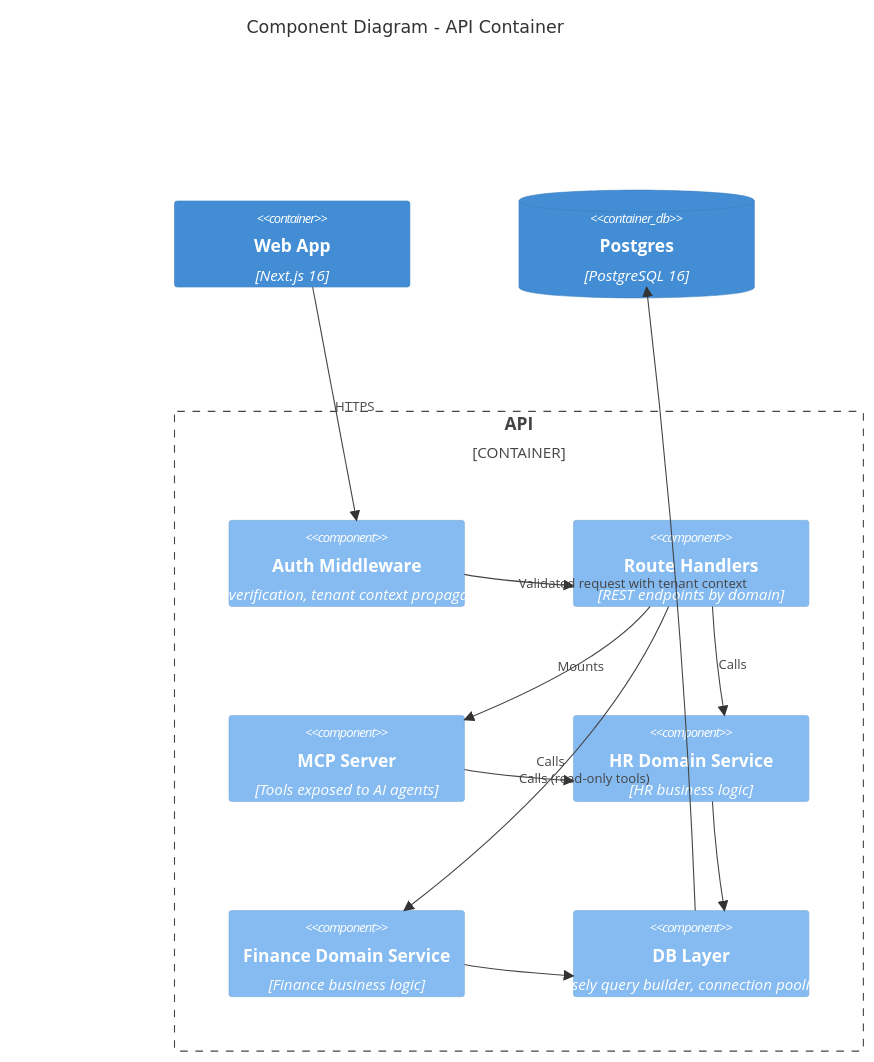
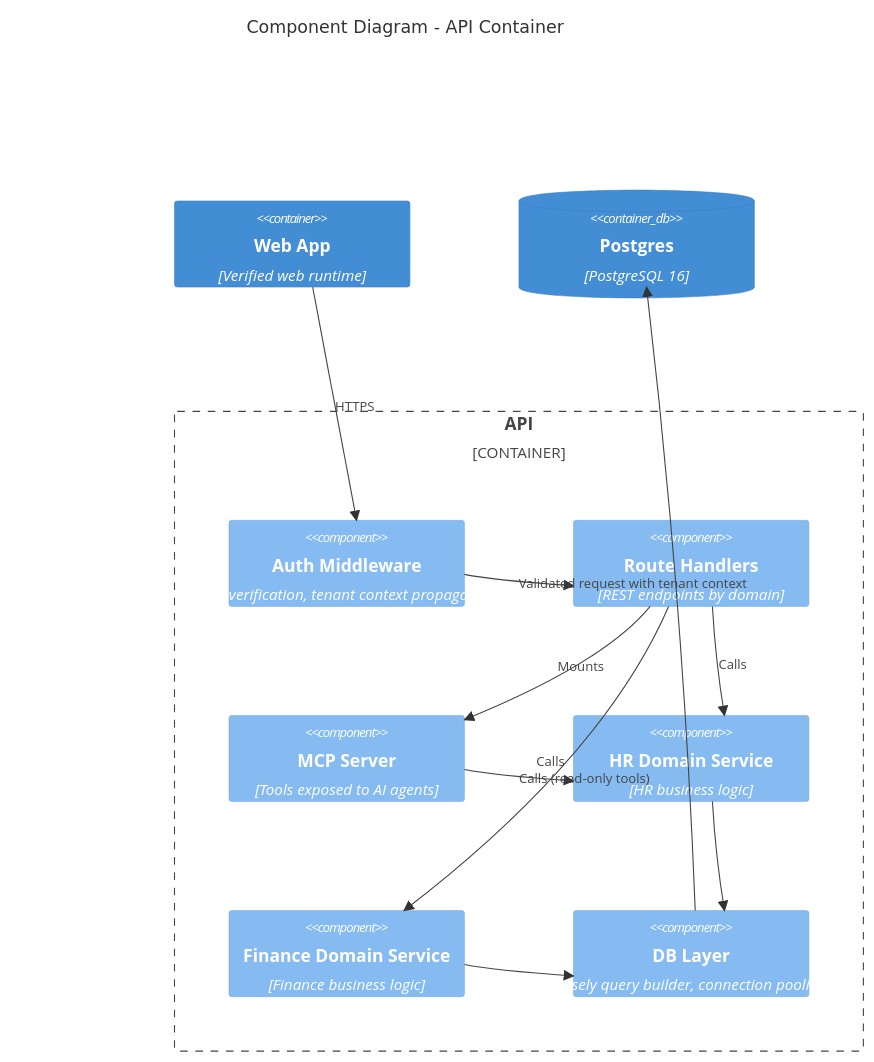
Before and after one commit to efeoncepro/greenhouse-eo: the fourth of 7 diagrams in .codex/skills/software-architect-2026/templates/c4-mermaid.md, drawn with Mermaid. The commit also changed other lines of this file and 54 other files, not shown here.

Commit message:
feat: harden software architecture skill

````diff
--- a/.codex/skills/software-architect-2026/templates/c4-mermaid.md
+++ b/.codex/skills/software-architect-2026/templates/c4-mermaid.md
@@ -106,27 +120,27 @@
 ```mermaid
 C4Component
     title Component Diagram - API Container
 
-    Container(web, "Web App", "Next.js 16")
+    Container(web, "Web App", "Verified web runtime")
 
     Container_Boundary(api, "API") {
         Component(auth, "Auth Middleware", "JWT verification, tenant context propagation")
         Component(routes, "Route Handlers", "REST endpoints by domain")
         Component(mcp, "MCP Server", "Tools exposed to AI agents")
         Component(domain_hr, "HR Domain Service", "HR business logic")
         Component(domain_finance, "Finance Domain Service", "Finance business logic")
         Component(db_layer, "DB Layer", "Kysely query builder, connection pooling")
     }
 
     ContainerDb(db, "Postgres", "PostgreSQL 16")
 
     Rel(web, auth, "HTTPS")
     Rel(auth, routes, "Validated request with tenant context")
     Rel(routes, domain_hr, "Calls")
     Rel(routes, domain_finance, "Calls")
     Rel(routes, mcp, "Mounts")
     Rel(mcp, domain_hr, "Calls (read-only tools)")
     Rel(domain_hr, db_layer, "")
     Rel(domain_finance, db_layer, "")
     Rel(db_layer, db, "")
 ```
````
